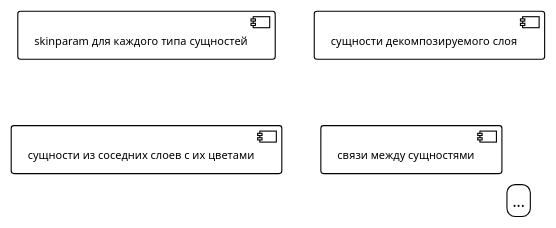
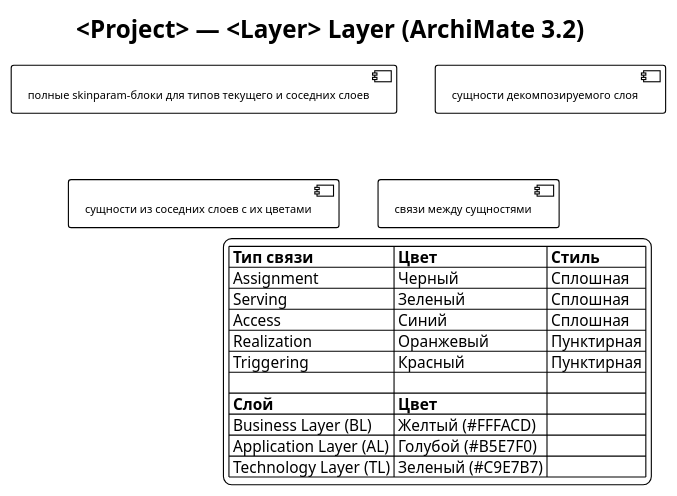
The first of 7 diagrams in .requirements/архитектура/диаграммы ArchiMate.md (Druk83/sdd-template), drawn with PlantUML before and after one commit. The commit also changed other lines of this file and 22 other files, not shown here.

First line of the commit message:
1.7.4 Системное проектирование и эталонный стиль ArchiMate

````diff
--- a/.requirements/архитектура/диаграммы ArchiMate.md
+++ b/.requirements/архитектура/диаграммы ArchiMate.md
@@ -25,27 +38,39 @@
 ```plantuml
 @startuml <Project>_<Layer>_ArchiMate
+    title <Project> — <Layer> Layer (ArchiMate 3.2)
     !theme plain
     skinparam backgroundColor #FFFFFF
     skinparam defaultFontSize 10
     skinparam shadowing false
     skinparam linetype ortho
+    skinparam ArrowFontSize 9
 
     ' ========== 1. ЦВЕТОВАЯ СХЕМА ==========
-    [skinparam для каждого типа сущностей]
+    [полные skinparam-блоки для типов текущего и соседних слоев]
 
     ' ========== 2. СУЩНОСТИ ТЕКУЩЕГО СЛОЯ ==========
     [сущности декомпозируемого слоя]
 
     ' ========== 3. ВНЕШНИЕ СУЩНОСТИ ==========
     [сущности из соседних слоев с их цветами]
 
     ' ========== 4. СВЯЗИ (группами по типу) ==========
     [связи между сущностями]
 
     ' ========== 5. ЛЕГЕНДА ==========
     legend right
-    ...
+    |= Тип связи |= Цвет |= Стиль |
+    | Assignment | Черный | Сплошная |
+    | Serving | Зеленый | Сплошная |
+    | Access | Синий | Сплошная |
+    | Realization | Оранжевый | Пунктирная |
+    | Triggering | Красный | Пунктирная |
+    |  |  |  |
+|= Слой |= Цвет |  |
+| Business Layer (BL) | Желтый (#FFFACD) |  |
+| Application Layer (AL) | Голубой (#B5E7F0) |  |
+| Technology Layer (TL) | Зеленый (#C9E7B7) |  |
     endlegend
 
 @enduml
 ```
````
